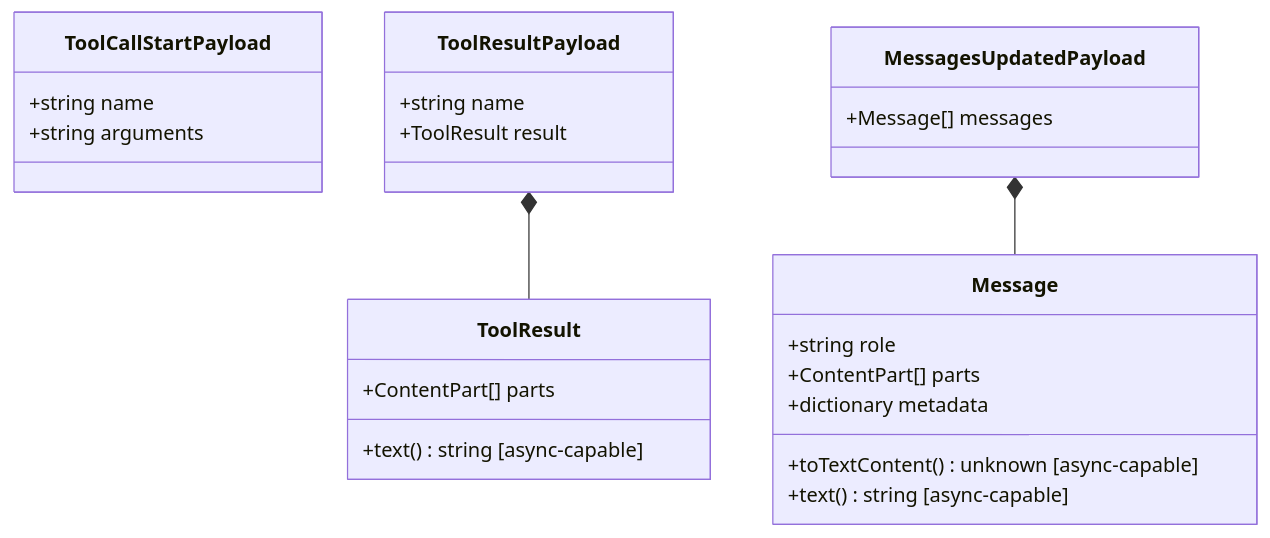
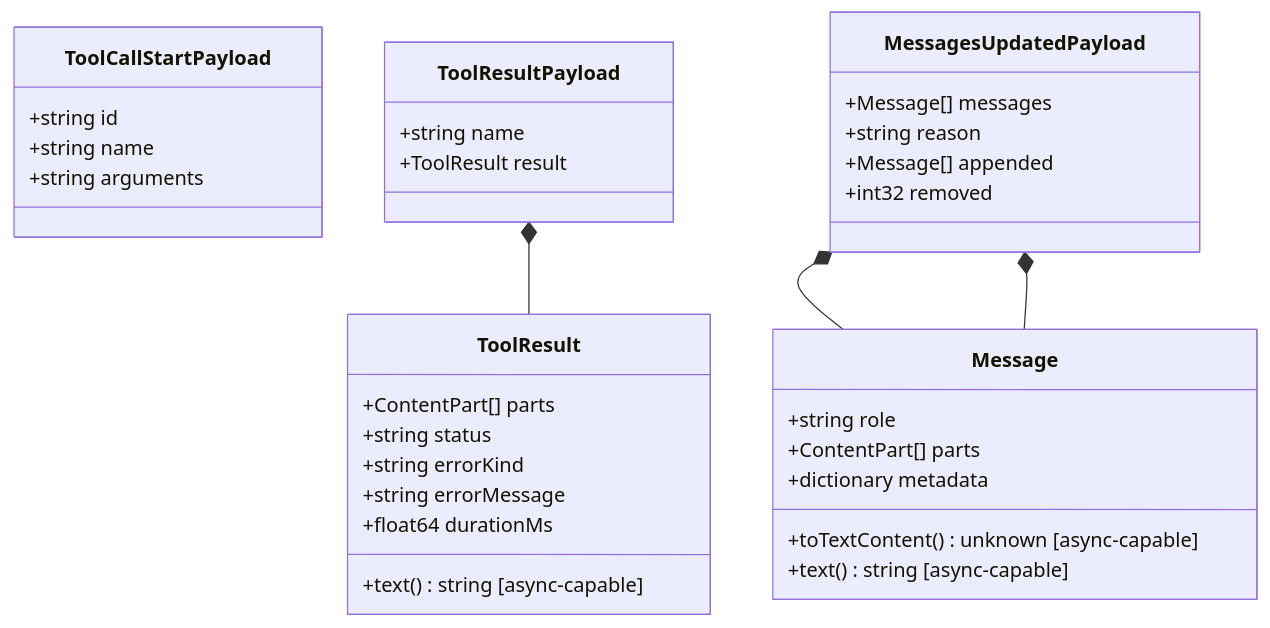
One commit to microsoft/prompty changed the eighth of 9 diagrams in web/src/content/docs/reference/index.md. Above: the diagram before and after it, drawn with Mermaid. The commit also changed other lines of this file and 1425 other files, not shown here.

````diff
--- a/web/src/content/docs/reference/index.md
+++ b/web/src/content/docs/reference/index.md
@@ -378,27 +385,36 @@
 ```mermaid
 classDiagram
     class ToolCallStartPayload {
+        +string id
         +string name
         +string arguments
     }
     class ToolResultPayload {
         +string name
         +ToolResult result
     }
     class MessagesUpdatedPayload {
         +Message[] messages
+        +string reason
+        +Message[] appended
+        +int32 removed
     }
     class ToolResult {
         +ContentPart[] parts
+        +string status
+        +string errorKind
+        +string errorMessage
+        +float64 durationMs
         +text() string [async-capable]
     }
     class Message {
         +string role
         +ContentPart[] parts
         +dictionary metadata
         +toTextContent() unknown [async-capable]
         +text() string [async-capable]
     }
     ToolResultPayload *-- ToolResult
     MessagesUpdatedPayload *-- Message
+    MessagesUpdatedPayload *-- Message
 ```
````
